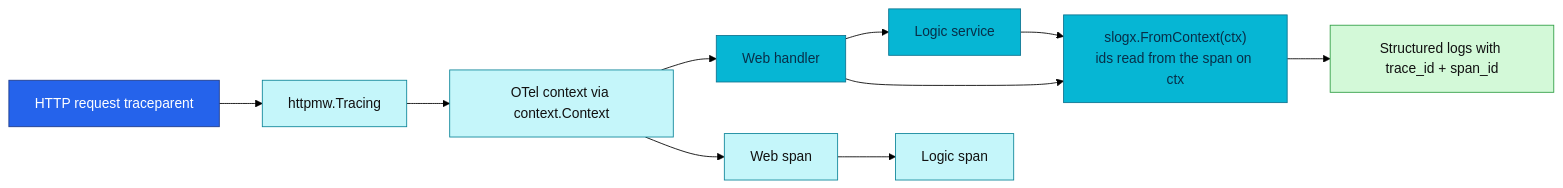
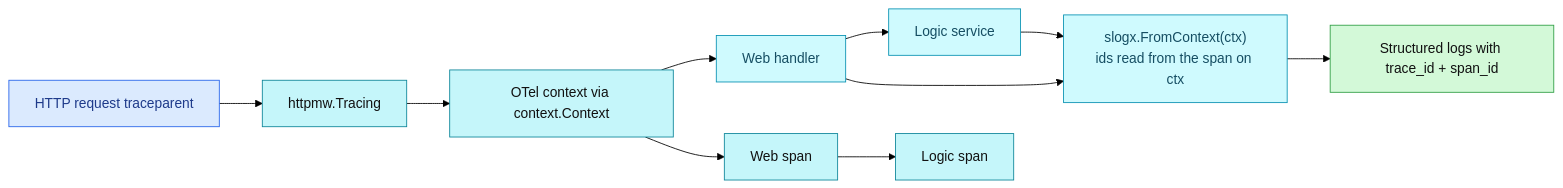
Before and after one commit to duynhlab/homelab: the third of 3 diagrams in docs/api/observability.md, drawn with Mermaid (forest theme). The commit also changed other lines of this file and 174 other files, not shown here.

First line of the commit message:
Soft-tint diagram palette, a signal-flow diagram, a Linux-ready Draw.io skill

````diff
--- a/docs/api/observability.md
+++ b/docs/api/observability.md
@@ -491,20 +491,20 @@
 ```mermaid
 graph LR
     A["HTTP request traceparent"] --> B["httpmw.Tracing"]
     B --> G["OTel context via context.Context"]
     G --> D["Web handler"]
     D --> E["Logic service"]
     G --> H["Web span"]
     H --> I["Logic span"]
     D --> C["slogx.FromContext(ctx)<br/>ids read from the span on ctx"]
     E --> C
     C --> F["Structured logs with trace_id + span_id"]
-    classDef edge fill:#2563eb,color:#fff,stroke:#1e3a8a;
-    classDef service fill:#06b6d4,color:#082f49,stroke:#0e7490;
+    classDef edge fill:#dbeafe,color:#1e3a8a,stroke:#2563eb;
+    classDef service fill:#cffafe,color:#164e63,stroke:#0891b2;
     classDef log fill:#d3f9d8,color:#111,stroke:#2f9e44;
     classDef trace fill:#c5f6fa,color:#111,stroke:#0c8599;
     class A edge;
     class C,D,E service;
     class F log;
     class B,G,H,I trace;
 ```
````
